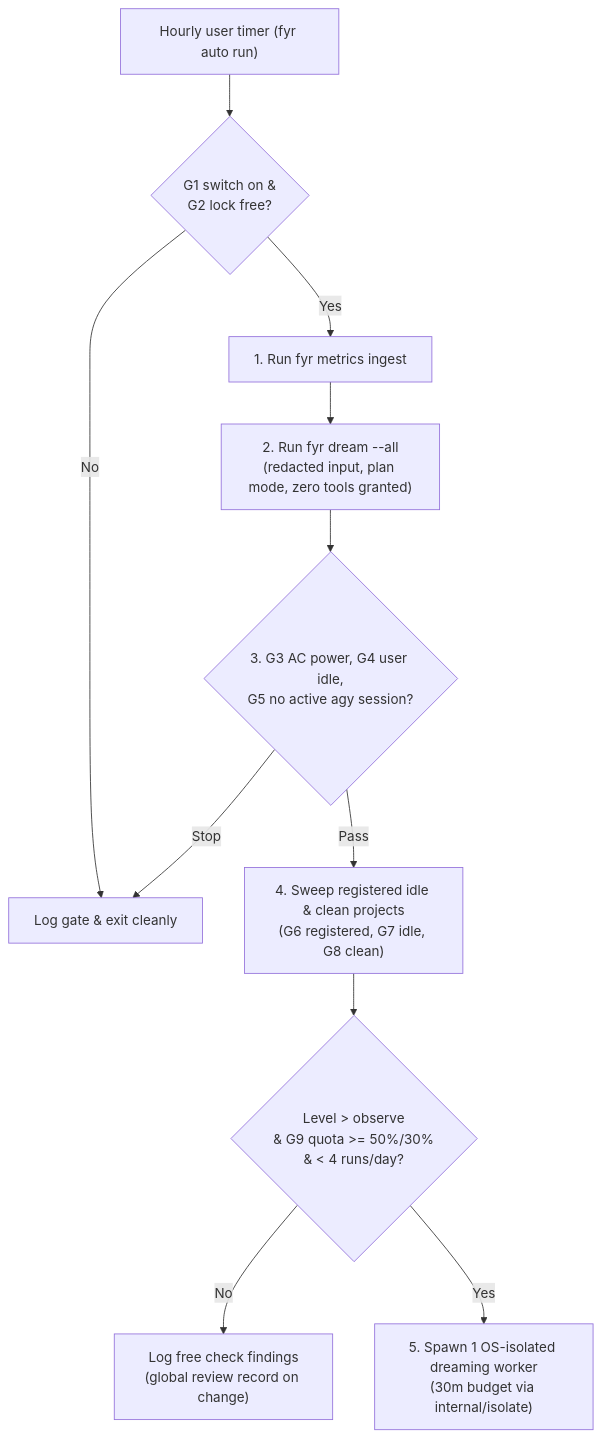
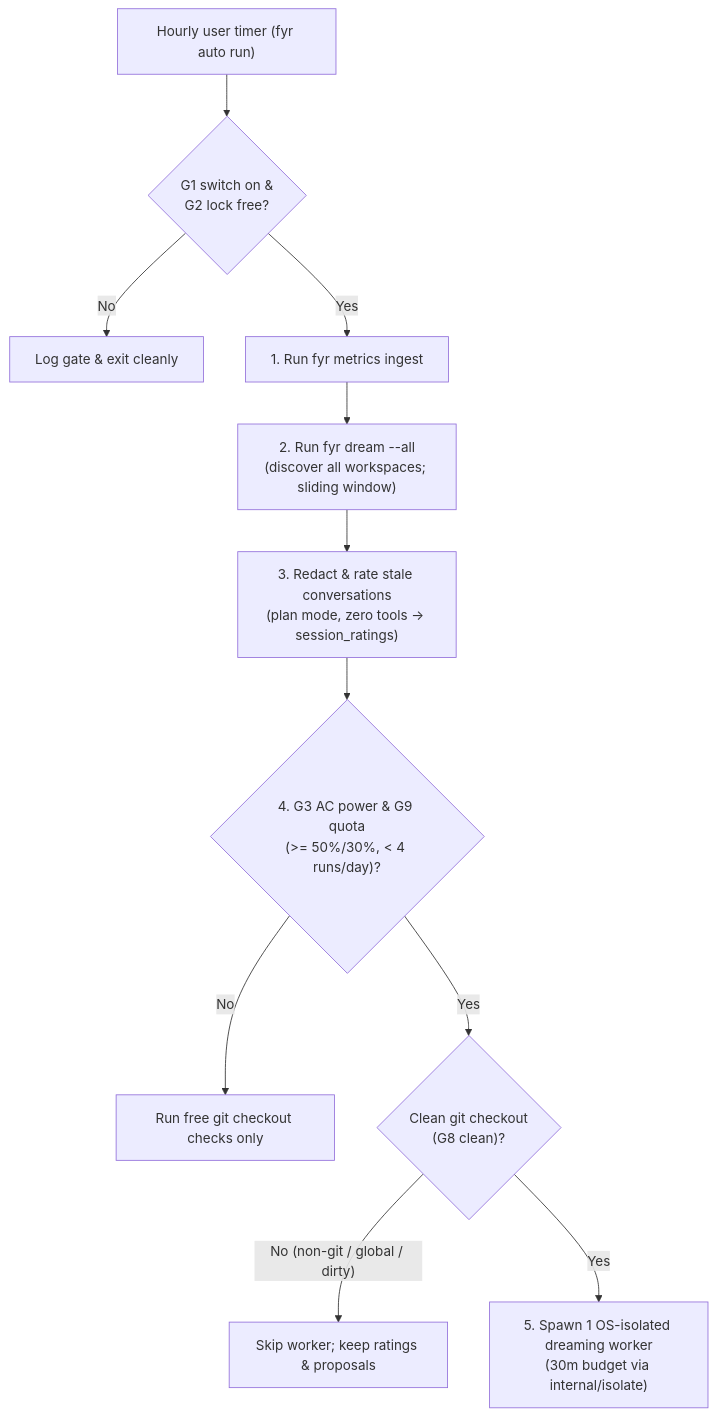
One commit to kesokaj/fyr changed the first of 2 diagrams in features/dream-and-auto.md. Above: the diagram before and after it, drawn with Mermaid. The commit also changed other lines of this file and 5 other files, not shown here.

````diff
--- a/features/dream-and-auto.md
+++ b/features/dream-and-auto.md
@@ -9,13 +9,13 @@
 ```mermaid
 flowchart TD
     timerTick["Hourly user timer (fyr auto run)"] --> g1Switch{"G1 switch on &\nG2 lock free?"}
     g1Switch -- "No" --> stopEarly["Log gate & exit cleanly"]
     g1Switch -- "Yes" --> ingestStep["1. Run fyr metrics ingest"]
-    ingestStep --> dreamStep["2. Run fyr dream --all\n(redacted input, plan mode, zero tools granted)"]
-    dreamStep --> machineGates{"3. G3 AC power, G4 user idle,\nG5 no active agy session?"}
-    machineGates -- "Stop" --> stopEarly
-    machineGates -- "Pass" --> projectSweep["4. Sweep registered idle & clean projects\n(G6 registered, G7 idle, G8 clean)"]
-    projectSweep --> levelCheck{"Level > observe\n& G9 quota >= 50%/30%\n& < 4 runs/day?"}
-    levelCheck -- "No" --> freeChecks["Log free check findings\n(global review record on change)"]
-    levelCheck -- "Yes" --> runWorker["5. Spawn 1 OS-isolated dreaming worker\n(30m budget via internal/isolate)"]
+    ingestStep --> dreamStep["2. Run fyr dream --all\n(discover all workspaces; sliding window)"]
+    dreamStep --> rateStep["3. Redact & rate stale conversations\n(plan mode, zero tools -> session_ratings)"]
+    rateStep --> machineGates{"4. G3 AC power & G9 quota\n(>= 50%/30%, < 4 runs/day)?"}
+    machineGates -- "No" --> freeChecks["Run free git checkout checks only"]
+    machineGates -- "Yes" --> workerGate{"Clean git checkout\n(G8 clean)?"}
+    workerGate -- "No (non-git / global / dirty)" --> keepProposals["Skip worker; keep ratings & proposals"]
+    workerGate -- "Yes" --> runWorker["5. Spawn 1 OS-isolated dreaming worker\n(30m budget via internal/isolate)"]
 ```
````
